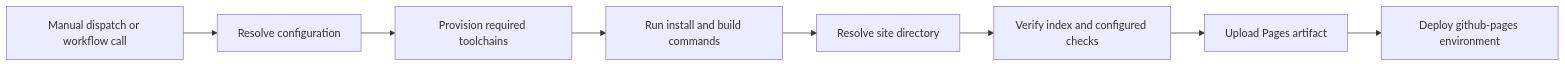
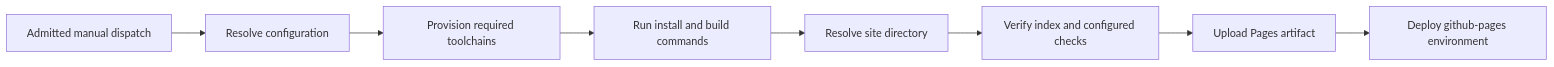
The diagram in docs/07-bijux-canon-maintain/gh-workflows/deploy-docs.md (bijux/bijux-canon), drawn with Mermaid before and after one commit. The commit also changed other lines of this file and 5 other files, not shown here.

````diff
--- a/docs/07-bijux-canon-maintain/gh-workflows/deploy-docs.md
+++ b/docs/07-bijux-canon-maintain/gh-workflows/deploy-docs.md
@@ -17,10 +17,10 @@
 ```mermaid
 flowchart LR
-    T[Manual dispatch or workflow call] --> C[Resolve configuration]
+    T[Admitted manual dispatch] --> C[Resolve configuration]
     C --> S[Provision required toolchains]
     S --> B[Run install and build commands]
     B --> R[Resolve site directory]
     R --> V[Verify index and configured checks]
     V --> U[Upload Pages artifact]
     U --> D[Deploy github-pages environment]
 ```
````
